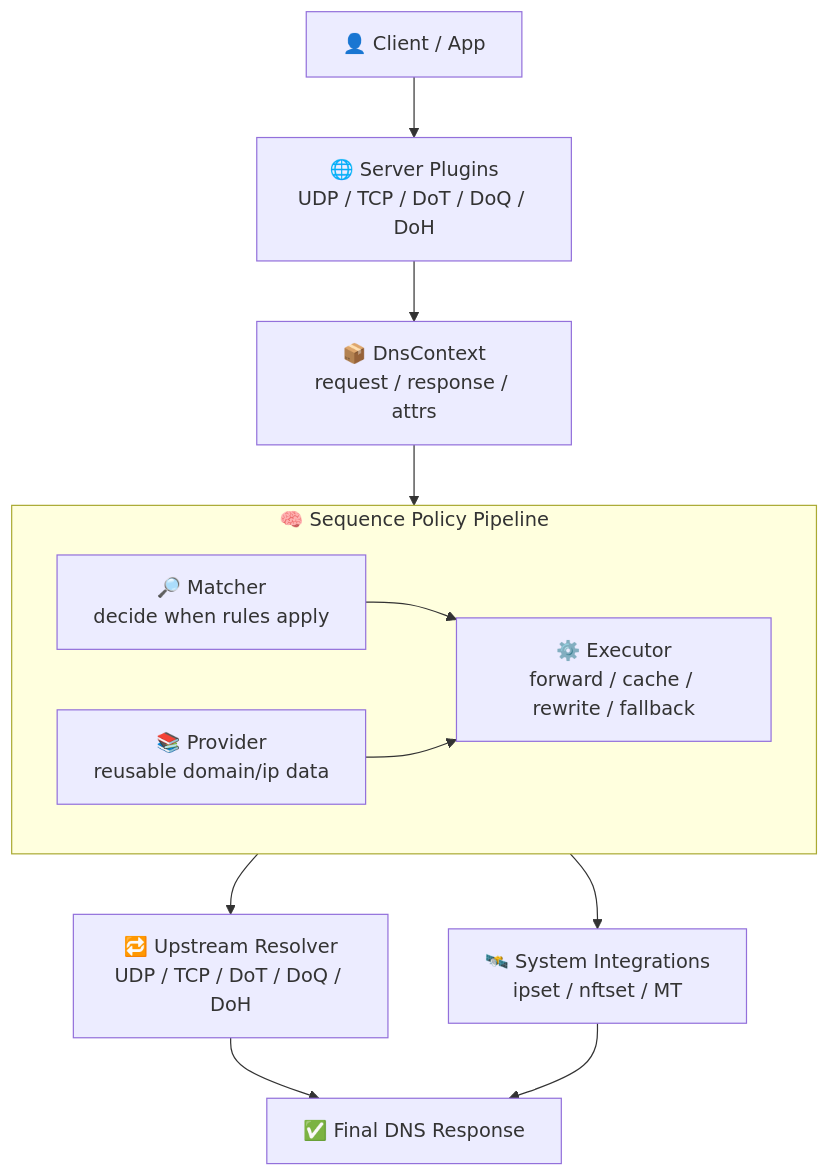
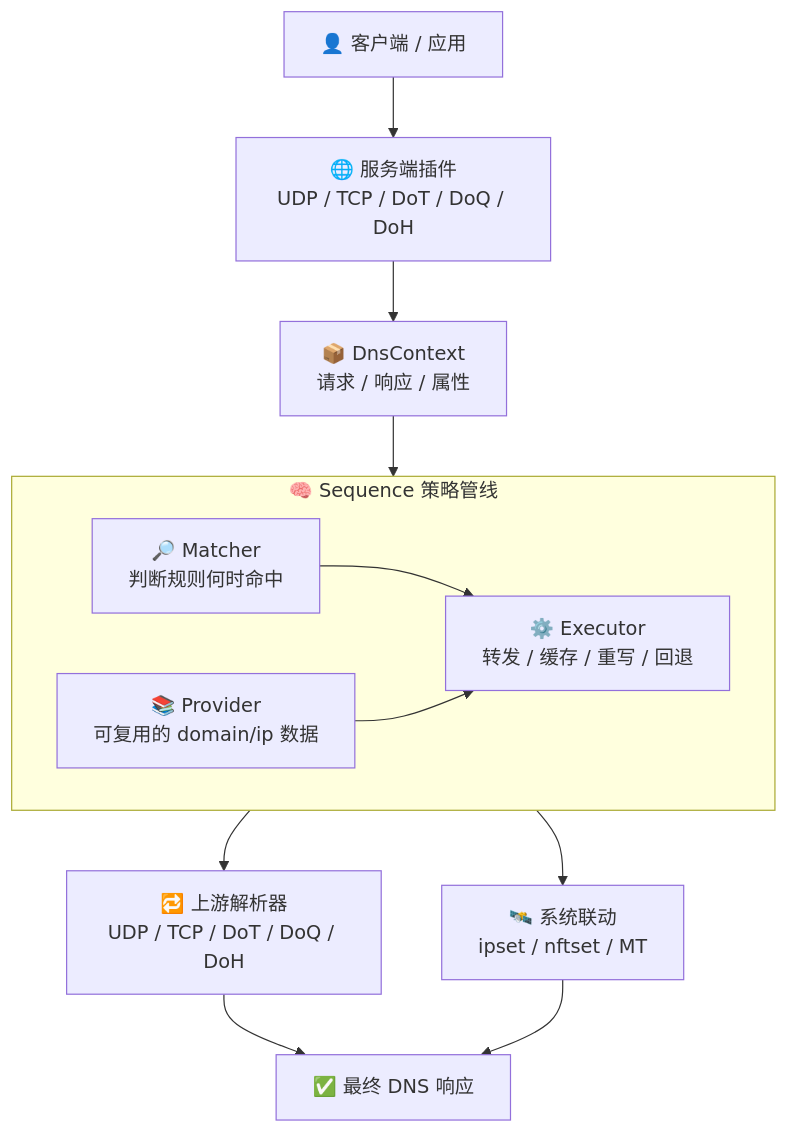
The diagram in README.md (SvenShi/forgedns), drawn with Mermaid before and after one commit. The commit also changed 1 other file, not shown here.

Commit message:
:memo: update readme

````diff
--- a/README.md
+++ b/README.md
@@ -213,32 +213,32 @@
 ```mermaid
 flowchart TB
 
-A[👤 Client / App]
+A[👤 客户端 / 应用]
 
-B[🌐 Server Plugins<br/>UDP / TCP / DoT / DoQ / DoH]
+B[🌐 服务端插件<br/>UDP / TCP / DoT / DoQ / DoH]
 
-C[📦 DnsContext<br/>request / response / attrs]
+C[📦 DnsContext<br/>请求 / 响应 / 属性]
 
-subgraph D[🧠 Sequence Policy Pipeline]
-    D1[🔎 Matcher<br/>decide when rules apply]
-    D2[⚙️ Executor<br/>forward / cache / rewrite / fallback]
-    D3[📚 Provider<br/>reusable domain/ip data]
+subgraph D[🧠 Sequence 策略管线]
+    D1[🔎 Matcher<br/>判断规则何时命中]
+    D2[⚙️ Executor<br/>转发 / 缓存 / 重写 / 回退]
+    D3[📚 Provider<br/>可复用的 domain/ip 数据]
     
     D1 --> D2
     D3 --> D2
 end
 
-E[🔁 Upstream Resolver<br/>UDP / TCP / DoT / DoQ / DoH]
+E[🔁 上游解析器<br/>UDP / TCP / DoT / DoQ / DoH]
 
-F[🛰️ System Integrations<br/>ipset / nftset / MT]
+F[🛰️ 系统联动<br/>ipset / nftset / MT]
 
-G[✅ Final DNS Response]
+G[✅ 最终 DNS 响应]
 
 A --> B
 B --> C
 C --> D
 D --> E
 D --> F
 E --> G
 F --> G
 ```
````
